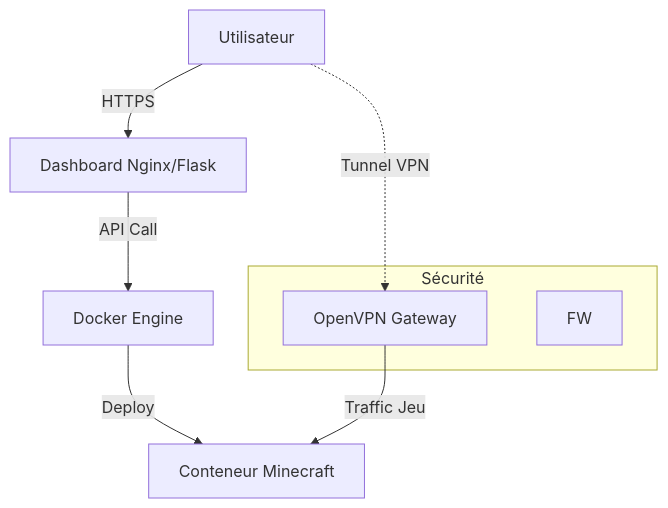
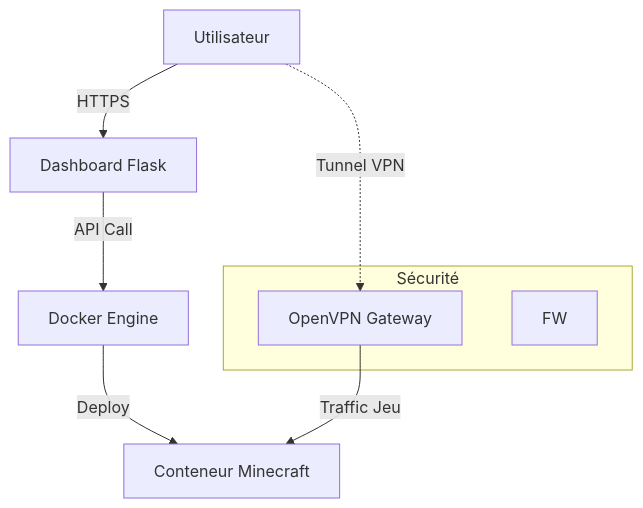
The diagram in src/README.md (Maskass-z/minehost-terraform), drawn with Mermaid before and after one commit.

````diff
--- a/src/README.md
+++ b/src/README.md
@@ -47,17 +47,17 @@
 ```mermaid
 graph TD
-    User[Utilisateur] -->|HTTPS| Web[Dashboard Nginx/Flask]
+    User[Utilisateur] -->|HTTPS| Web[Dashboard Flask]
     Web -->|API Call| Docker[Docker Engine]
     Docker -->|Deploy| MC[Conteneur Minecraft]
     
     subgraph Sécurité
     VPN[OpenVPN Gateway]
     FW
     end
     
     User -.->|Tunnel VPN| VPN
     VPN -->|Traffic Jeu| MC
     
     MC
 
 ```
````
